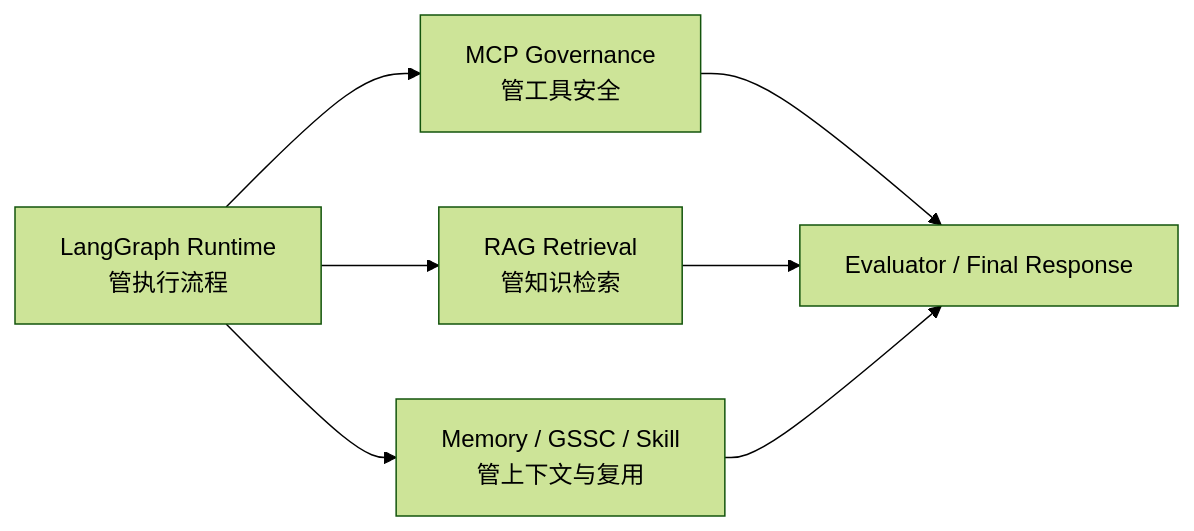
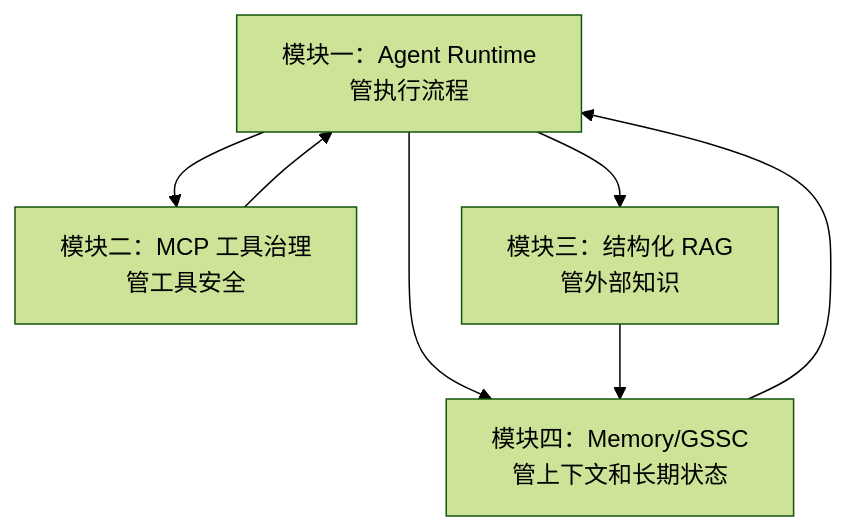
One commit to Ordish-cell/InsightGap-Agent changed the third of 27 diagrams in agent面试.md. Above: the diagram before and after it, drawn with Mermaid (forest theme). The commit also changed other lines of this file and 16 other files, not shown here.

````diff
--- a/agent面试.md
+++ b/agent面试.md
@@ -391,9 +149,14 @@
 ```mermaid
-flowchart LR
-    A["LangGraph Runtime<br/>管执行流程"] --> B["MCP Governance<br/>管工具安全"]
-    A --> C["RAG Retrieval<br/>管知识检索"]
-    A --> D["Memory / GSSC / Skill<br/>管上下文与复用"]
-    B --> E["Evaluator / Final Response"]
-    C --> E
-    D --> E
+flowchart TD
+    Runtime["模块一：Agent Runtime<br/>管执行流程"]
+    MCP["模块二：MCP 工具治理<br/>管工具安全"]
+    RAG["模块三：结构化 RAG<br/>管外部知识"]
+    Memory["模块四：Memory/GSSC<br/>管上下文和长期状态"]
+
+    Runtime --> MCP
+    Runtime --> RAG
+    Runtime --> Memory
+    MCP --> Runtime
+    RAG --> Memory
+    Memory --> Runtime
 ```
````
